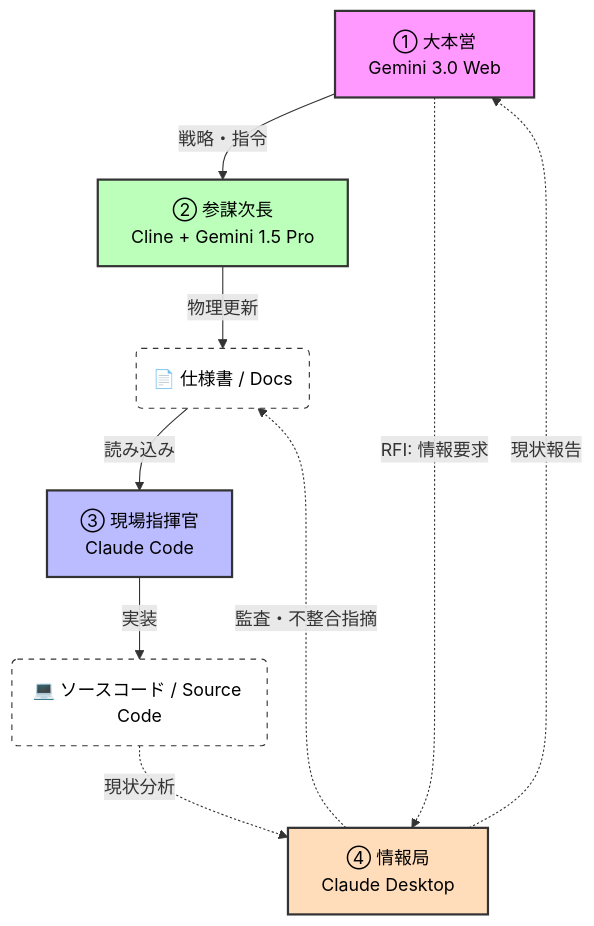
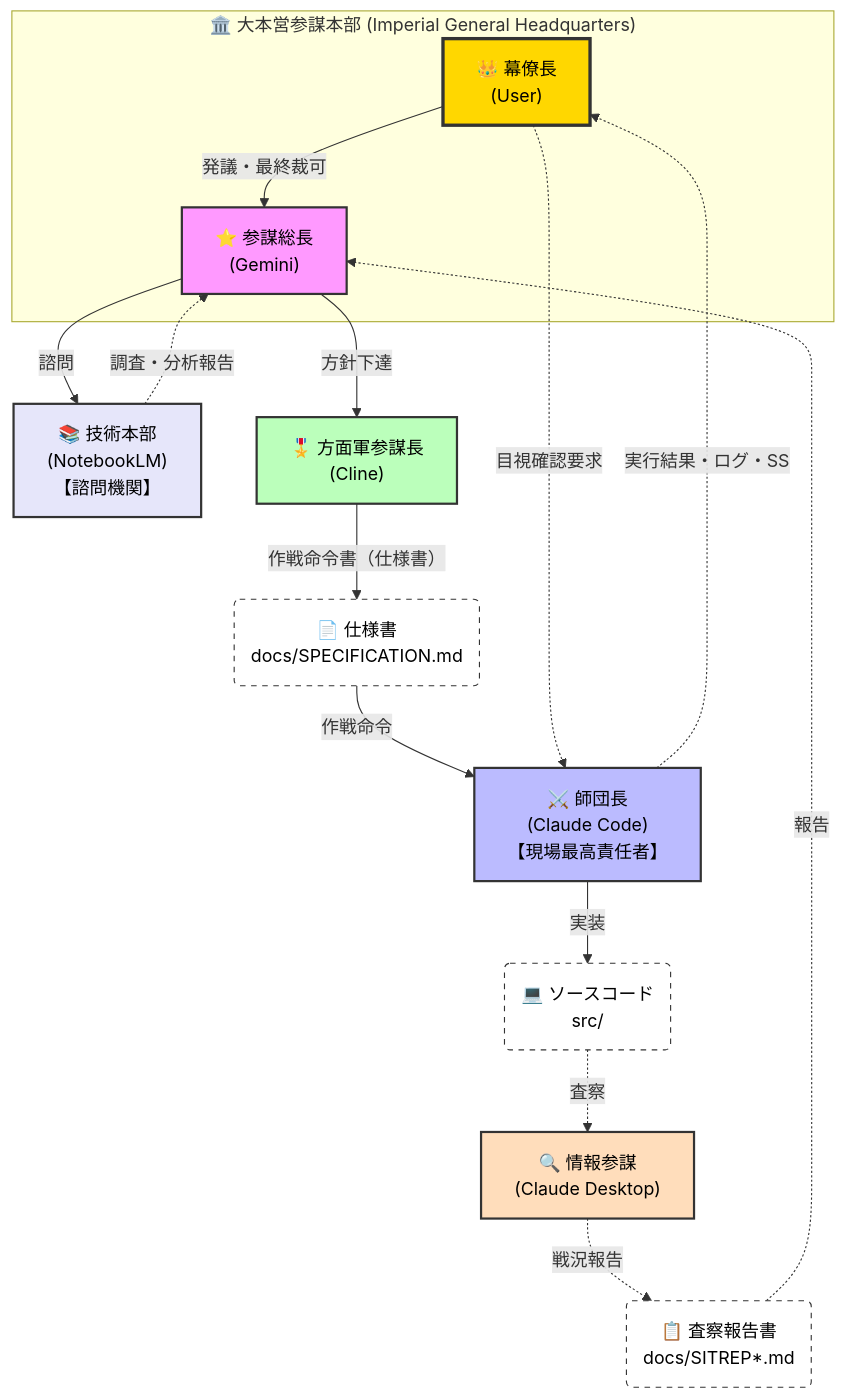
One commit to kumaxxp/ai-general-staff-protocol changed the diagram in README.md. Above: the diagram before and after it, drawn with Mermaid. The commit also changed other lines of this file and 5 other files, not shown here.

First line of the commit message:
feat: Integrate AGSP v2.0 with Everything-Claude-Code (ECC) Protocol

````diff
--- a/README.md
+++ b/README.md
@@ -10,32 +15,50 @@
 ```mermaid
 graph TD
     %% 定義: クラススタイル
-    classDef strategy fill:#f9f,stroke:#333,stroke-width:2px,color:black
-    classDef staff fill:#bfb,stroke:#333,stroke-width:2px,color:black
+    classDef supreme fill:#ffd700,stroke:#333,stroke-width:3px,color:black
+    classDef staff fill:#f9f,stroke:#333,stroke-width:2px,color:black
+    classDef tech fill:#e6e6fa,stroke:#333,stroke-width:2px,color:black
+    classDef army fill:#bfb,stroke:#333,stroke-width:2px,color:black
     classDef field fill:#bbf,stroke:#333,stroke-width:2px,color:black
     classDef intel fill:#fdb,stroke:#333,stroke-width:2px,color:black
     classDef artifact fill:#fff,stroke:#333,stroke-dasharray: 5 5,color:black
 
-    %% ノード定義
-    G3["① 大本営<br/>Gemini 3.0 Web"]:::strategy
-    Cline["② 参謀次長<br/>Cline + Gemini 1.5 Pro"]:::staff
-    CDesk["④ 情報局<br/>Claude Desktop"]:::intel
-    CCode["③ 現場指揮官<br/>Claude Code"]:::field
-    
-    Specs("📄 仕様書 / Docs"):::artifact
-    Src("💻 ソースコード / Source Code"):::artifact
+    %% 大本営参謀本部
+    subgraph GHQ["🏛️ 大本営参謀本部 (Imperial General Headquarters)"]
+        User["👑 幕僚長<br/>(User)"]:::supreme
+        Gemini["⭐ 参謀総長<br/>(Gemini)"]:::staff
+    end
 
-    %% フロー定義
-    G3 -->|"戦略・指令"| Cline
-    
-    Cline -->|"物理更新"| Specs
-    
-    G3 -.->|"RFI: 情報要求"| CDesk
-    CDesk -.->|"現状報告"| G3
-    CDesk -.->|"監査・不整合指摘"| Specs
-    
-    Specs -->|"読み込み"| CCode
+    %% 技術本部
+    NLM["📚 技術本部<br/>(NotebookLM)<br/>【諮問機関】"]:::tech
+
+    %% 方面軍
+    Cline["🎖️ 方面軍参謀長<br/>(Cline)"]:::army
+
+    %% 師団
+    CCode["⚔️ 師団長<br/>(Claude Code)<br/>【現場最高責任者】"]:::field
+
+    %% 情報参謀
+    CDesk["🔍 情報参謀<br/>(Claude Desktop)"]:::intel
+
+    %% 成果物
+    Specs("📄 仕様書<br/>docs/SPECIFICATION.md"):::artifact
+    Src("💻 ソースコード<br/>src/"):::artifact
+    Report("📋 査察報告書<br/>docs/SITREP*.md"):::artifact
+
+    %% 指揮系統
+    User -->|"発議・最終裁可"| Gemini
+    Gemini -->|"諮問"| NLM
+    NLM -.->|"調査・分析報告"| Gemini
+    Gemini -->|"方針下達"| Cline
+    Cline -->|"作戦命令書（仕様書）"| Specs
+    Specs -->|"作戦命令"| CCode
     CCode -->|"実装"| Src
-    
-    Src -.->|"現状分析"| CDesk
+
+    %% 情報参謀の動線
+    Src -.->|"査察"| CDesk
+    CDesk -.->|"戦況報告"| Report
+    Report -.->|"報告"| Gemini
+    User -.->|"目視確認要求"| CCode
+    CCode -.->|"実行結果・ログ・SS"| User
 ```
````
